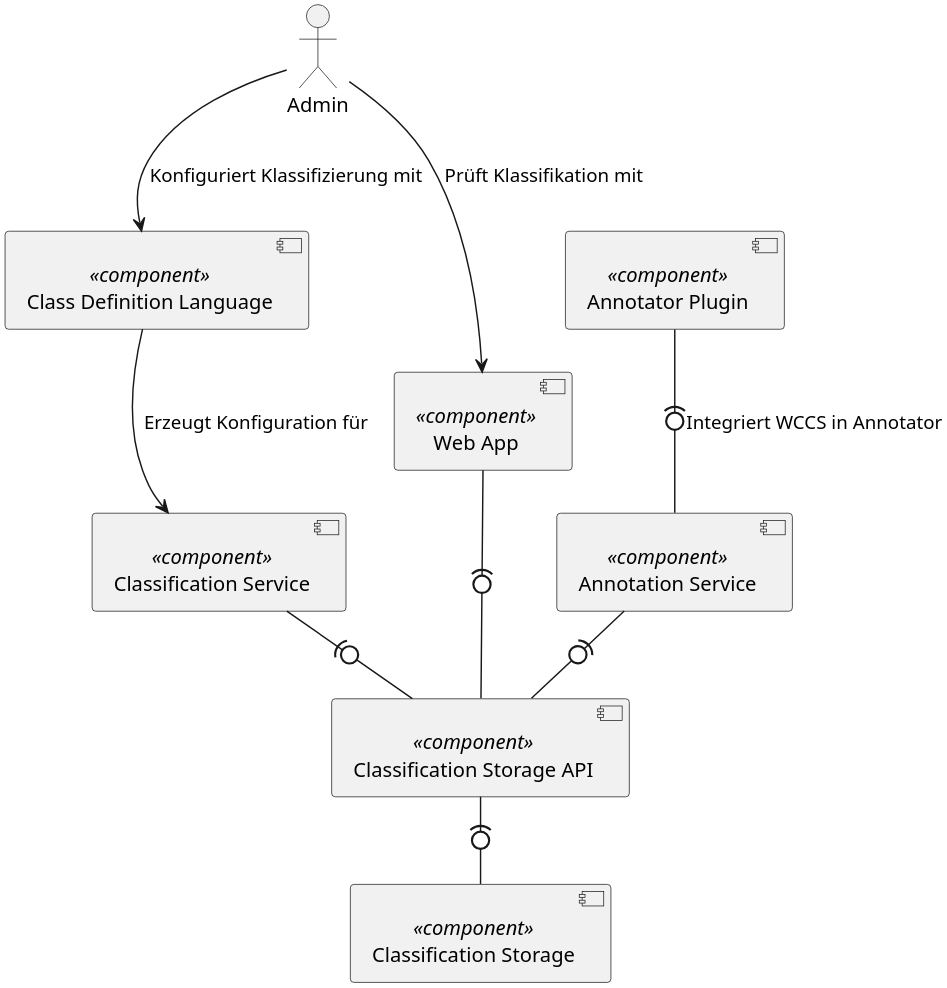
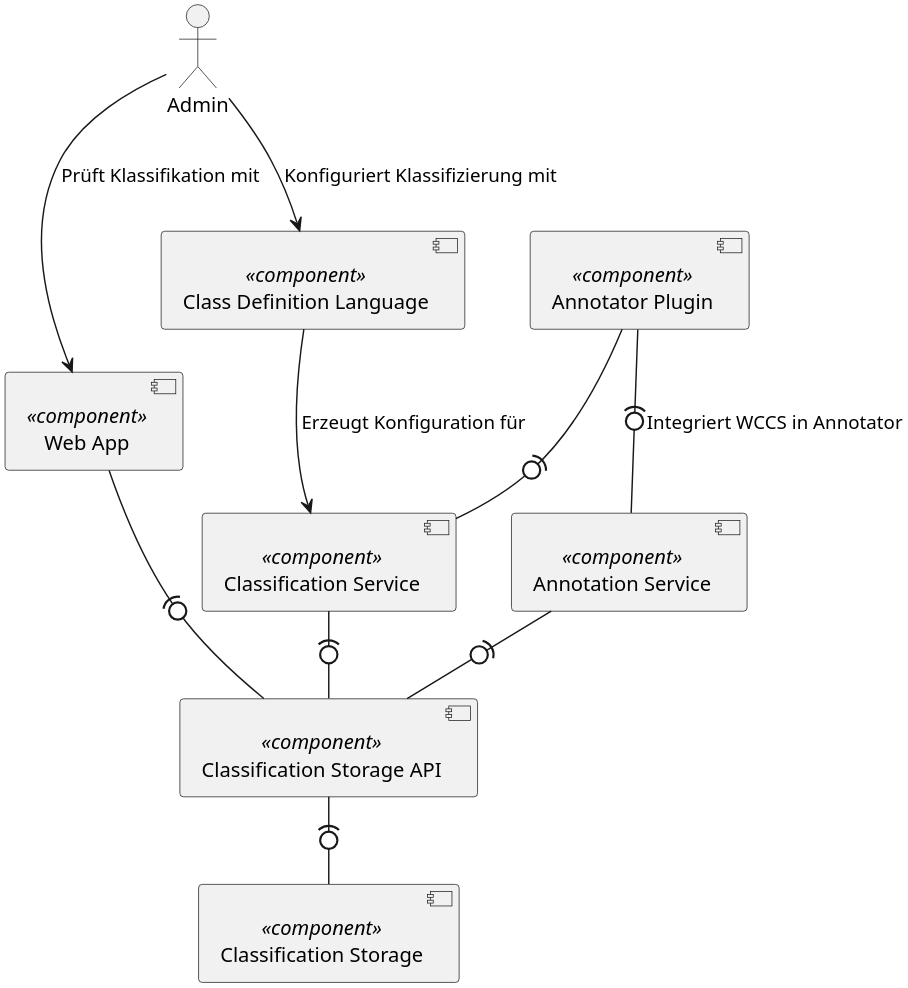
One commit to TheGreyKoala/master-thesis changed the diagram in src/main/resources/architecture/wccs_internal_architecture.plantuml. Above: the diagram before and after it, drawn with PlantUML. The commit also changed 8 other files, not shown here.

Commit message:
Solution Concept: Classification Service

```diff
--- a/src/main/resources/architecture/wccs_internal_architecture.plantuml
+++ b/src/main/resources/architecture/wccs_internal_architecture.plantuml
@@ -1,23 +1,24 @@
 @startuml
 scale 3840*2160
 skinparam componentStyle uml2
 
 actor Admin
 
 [Annotator Plugin] <<component>> as annotator_plugin
 [Annotation Service] <<component>> as annotation_service
 [Class Definition Language] <<component>> as dsl
 [Classification Service] <<component>> as classification_service
 [Classification Storage API] <<component>> as classification_storage_api
 [Classification Storage] <<component>> as classification_storage
 [Web App] <<component>> as web_app
 
 Admin --> web_app : Prüft Klassifikation mit
 Admin --> dsl : Konfiguriert Klassifizierung mit
 annotation_service -(0- classification_storage_api
 annotator_plugin -(0- annotation_service : Integriert WCCS in Annotator
+annotator_plugin -(0- classification_service
 classification_service -(0- classification_storage_api
 classification_storage_api -(0- classification_storage
 dsl --> classification_service : Erzeugt Konfiguration für
 web_app -(0- classification_storage_api
 @enduml
```
